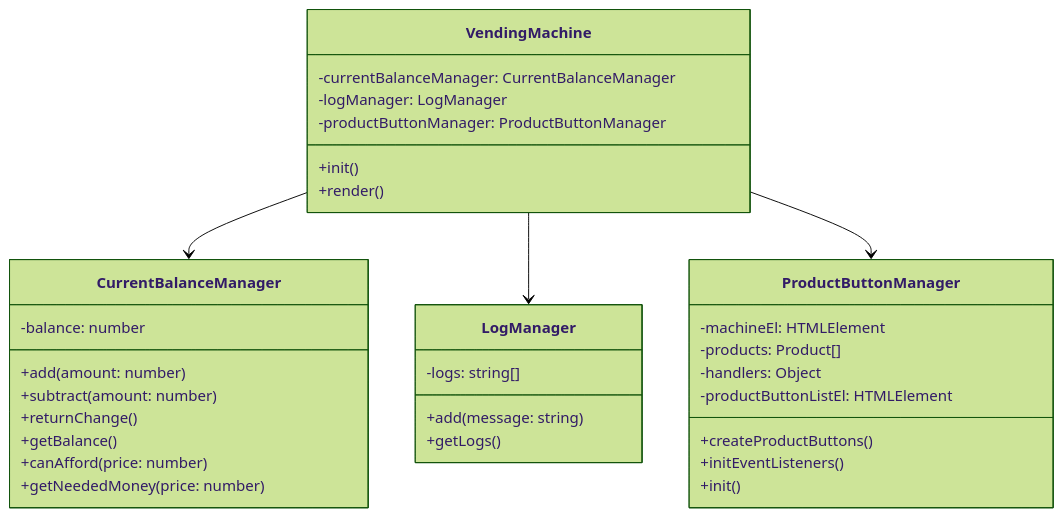
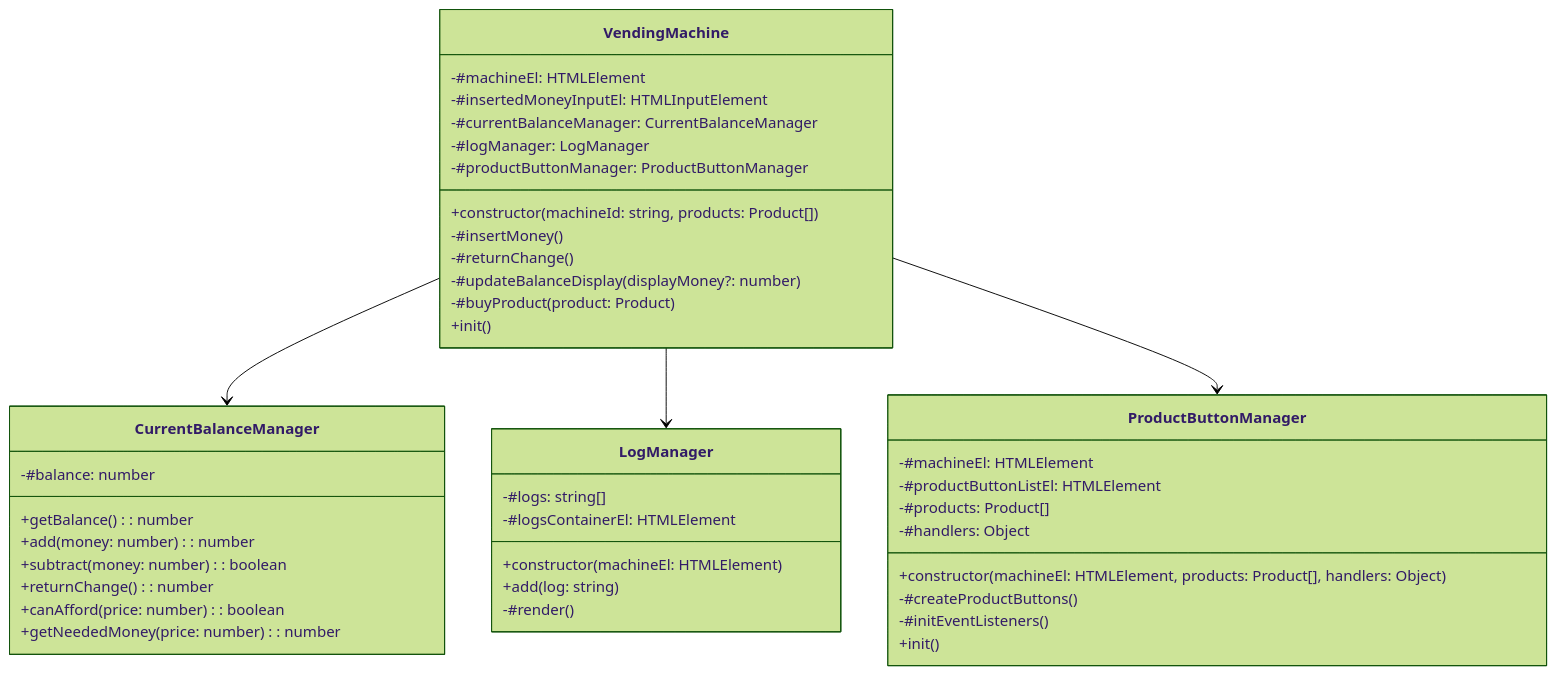
One commit to FC-InnerCircle-ICD2/fe-onboarding-project changed the first of 2 diagrams in README.md. Above: the diagram before and after it, drawn with Mermaid (forest theme).

Commit message:
docs: README 업데이트
- 클레스 변경사항에 따른 클래스 다이어그램 업데이트

````diff
--- a/README.md
+++ b/README.md
@@ -79,40 +79,49 @@
 ```mermaid
 classDiagram
     VendingMachine --> CurrentBalanceManager
     VendingMachine --> LogManager
     VendingMachine --> ProductButtonManager
 
     class VendingMachine {
-        -currentBalanceManager: CurrentBalanceManager
-        -logManager: LogManager
-        -productButtonManager: ProductButtonManager
+        -#machineEl: HTMLElement
+        -#insertedMoneyInputEl: HTMLInputElement
+        -#currentBalanceManager: CurrentBalanceManager
+        -#logManager: LogManager
+        -#productButtonManager: ProductButtonManager
+        +constructor(machineId: string, products: Product[])
+        -#insertMoney()
+        -#returnChange()
+        -#updateBalanceDisplay(displayMoney?: number)
+        -#buyProduct(product: Product)
         +init()
-        +render()
     }
 
     class CurrentBalanceManager {
-        -balance: number
-        +add(amount: number)
-        +subtract(amount: number)
-        +returnChange()
-        +getBalance()
-        +canAfford(price: number)
-        +getNeededMoney(price: number)
+        -#balance: number
+        +getBalance(): number
+        +add(money: number): number
+        +subtract(money: number): boolean
+        +returnChange(): number
+        +canAfford(price: number): boolean
+        +getNeededMoney(price: number): number
     }
 
     class LogManager {
-        -logs: string[]
-        +add(message: string)
-        +getLogs()
+        -#logs: string[]
+        -#logsContainerEl: HTMLElement
+        +constructor(machineEl: HTMLElement)
+        +add(log: string)
+        -#render()
     }
 
     class ProductButtonManager {
-        -machineEl: HTMLElement
-        -products: Product[]
-        -handlers: Object
-        -productButtonListEl: HTMLElement
-        +createProductButtons()
-        +initEventListeners()
+        -#machineEl: HTMLElement
+        -#productButtonListEl: HTMLElement
+        -#products: Product[]
+        -#handlers: Object
+        +constructor(machineEl: HTMLElement, products: Product[], handlers: Object)
+        -#createProductButtons()
+        -#initEventListeners()
         +init()
     }
 ```
````
